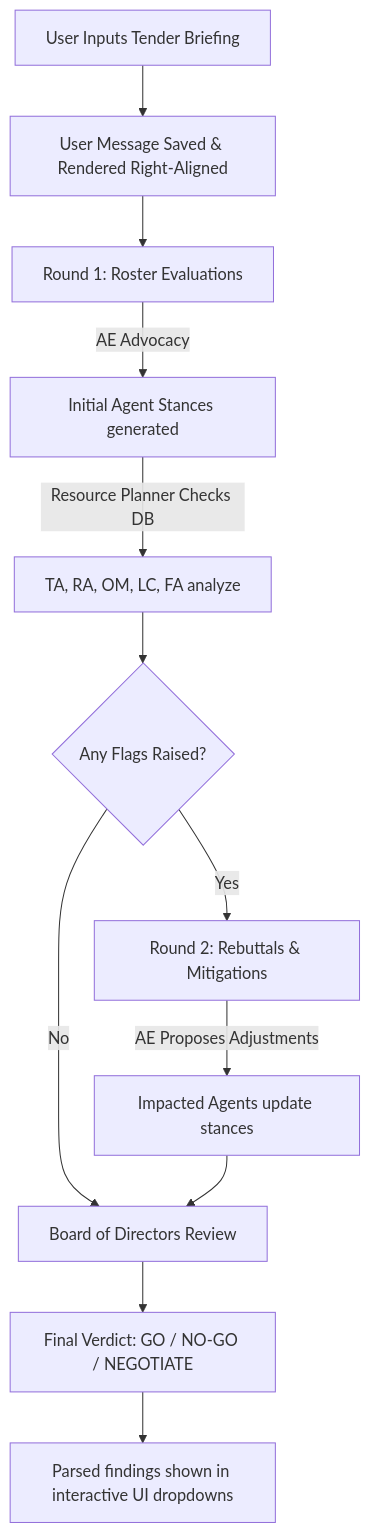
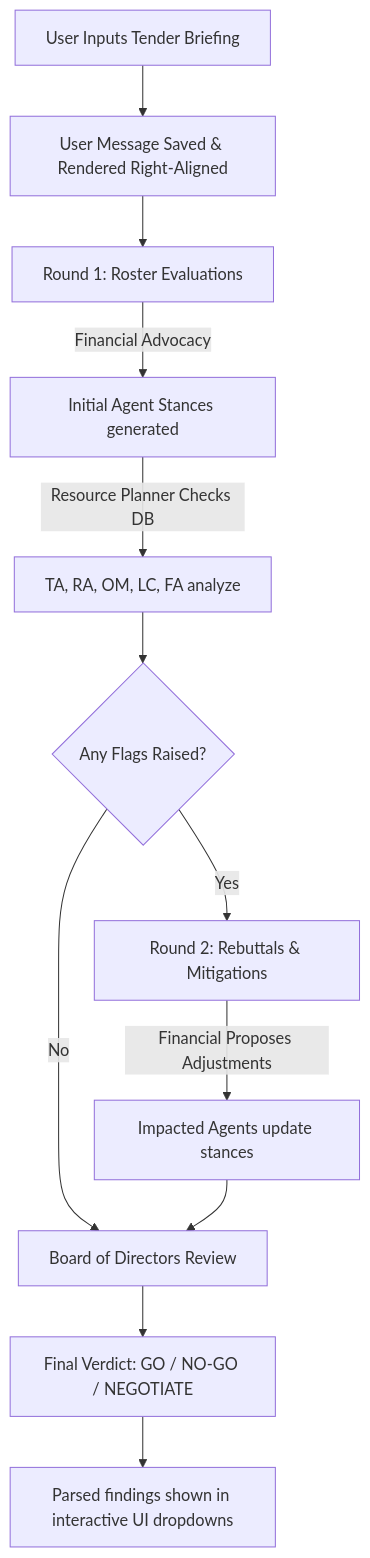
Before and after one commit to dbanik007/ARGUS_HACKATHON_2026_SKILL_ISSUE: the diagram in README.md, drawn with Mermaid. The commit also changed other lines of this file and 4 other files, not shown here.

Commit message:
feat: decommission Account Executive and consolidate commercial advocacy under Financial Analyst

````diff
--- a/README.md
+++ b/README.md
@@ -31,14 +30,14 @@
 ```mermaid
 graph TD
     A[User Inputs Tender Briefing] --> B[User Message Saved & Rendered Right-Aligned]
     B --> C[Round 1: Roster Evaluations]
-    C -->|AE Advocacy| D[Initial Agent Stances generated]
+    C -->|Financial Advocacy| D[Initial Agent Stances generated]
     D -->|Resource Planner Checks DB| E[TA, RA, OM, LC, FA analyze]
     E --> F{Any Flags Raised?}
     F -->|Yes| G[Round 2: Rebuttals & Mitigations]
-    G -->|AE Proposes Adjustments| H[Impacted Agents update stances]
+    G -->|Financial Proposes Adjustments| H[Impacted Agents update stances]
     F -->|No| I[Board of Directors Review]
     H --> I
     I --> J[Final Verdict: GO / NO-GO / NEGOTIATE]
     J --> K[Parsed findings shown in interactive UI dropdowns]
 ```
````
